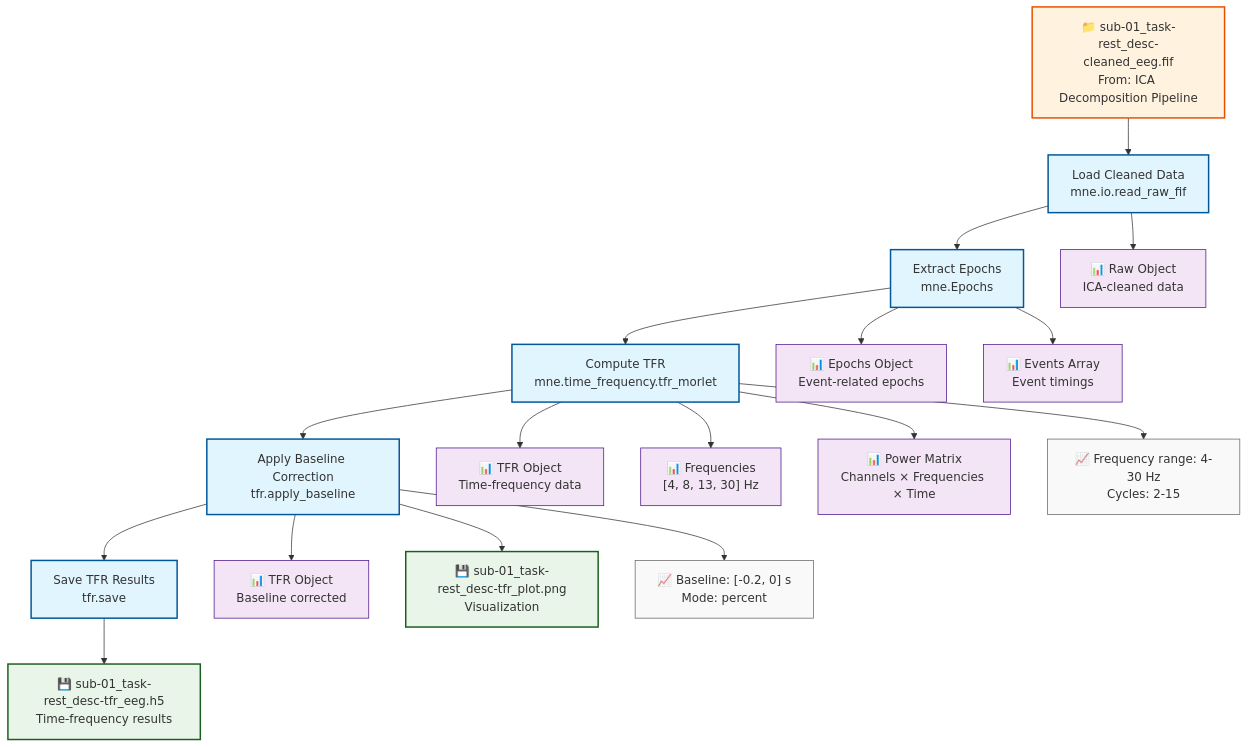
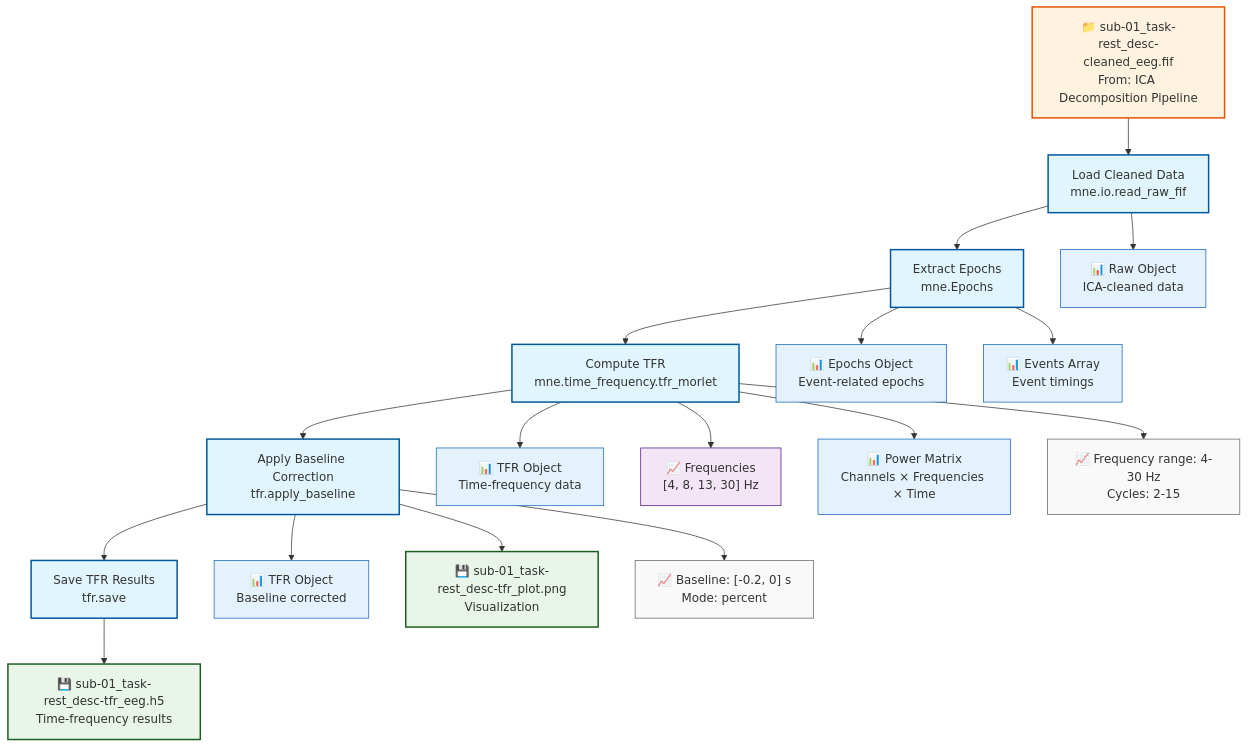
The diagram in docs/examples/time_frequency_mne.md (signalJourney/signalJourney), drawn with Mermaid before and after one commit. The commit also changed 9 other files, not shown here.

First line of the commit message:
docs: fix inline vs inmemory data distinction in mermaid diagrams

````diff
--- a/docs/examples/time_frequency_mne.md
+++ b/docs/examples/time_frequency_mne.md
@@ -16,42 +16,44 @@
 ```mermaid
 flowchart TD
     A[Load Cleaned Data<br/>mne.io.read_raw_fif] --> B[Extract Epochs<br/>mne.Epochs]
     B --> C[Compute TFR<br/>mne.time_frequency.tfr_morlet]
     C --> D[Apply Baseline Correction<br/>tfr.apply_baseline]
     D --> E[Save TFR Results<br/>tfr.save]
     
     %% Input from previous pipeline
     F["📁 sub-01_task-rest_desc-cleaned_eeg.fif<br/>From: ICA Decomposition Pipeline"] --> A
     
     %% Intermediate outputs
     A --> A1["📊 Raw Object<br/>ICA-cleaned data"]
     B --> B1["📊 Epochs Object<br/>Event-related epochs"]
     C --> C1["📊 TFR Object<br/>Time-frequency data"]
     D --> D1["📊 TFR Object<br/>Baseline corrected"]
     
     %% Variables and data
     B --> V1["📊 Events Array<br/>Event timings"]
-    C --> V2["📊 Frequencies<br/>[4, 8, 13, 30] Hz"]
+    C --> V2["📈 Frequencies<br/>[4, 8, 13, 30] Hz"]
     C --> V3["📊 Power Matrix<br/>Channels × Frequencies × Time"]
     
     %% Final outputs
     E --> G["💾 sub-01_task-rest_desc-tfr_eeg.h5<br/>Time-frequency results"]
     D --> H["💾 sub-01_task-rest_desc-tfr_plot.png<br/>Visualization"]
     
     %% Quality metrics
     C --> Q1["📈 Frequency range: 4-30 Hz<br/>Cycles: 2-15"]
     D --> Q2["📈 Baseline: [-0.2, 0] s<br/>Mode: percent"]
 
     %% Styling
     classDef processStep fill:#e1f5fe,stroke:#01579b,stroke-width:2px
     classDef inputFile fill:#fff3e0,stroke:#e65100,stroke-width:2px
     classDef outputFile fill:#e8f5e8,stroke:#1b5e20,stroke-width:2px
+    classDef inMemoryData fill:#e3f2fd,stroke:#1565c0,stroke-width:1px
     classDef inlineData fill:#f3e5f5,stroke:#4a148c,stroke-width:1px
     classDef qualityMetric fill:#f9f9f9,stroke:#666,stroke-width:1px
 
     class A,B,C,D,E processStep
     class F inputFile
     class G,H outputFile
-    class A1,B1,C1,D1,V1,V2,V3 inlineData
+    class A1,B1,C1,D1,V1,V3 inMemoryData
+    class V2 inlineData
     class Q1,Q2 qualityMetric
 ```
````
